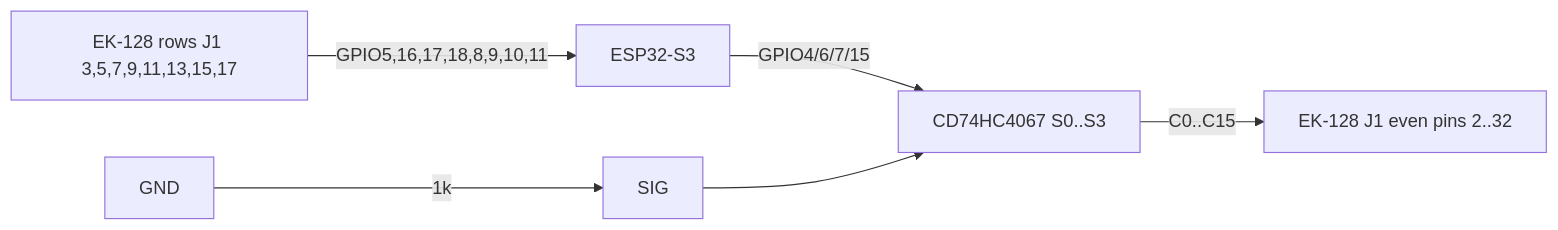
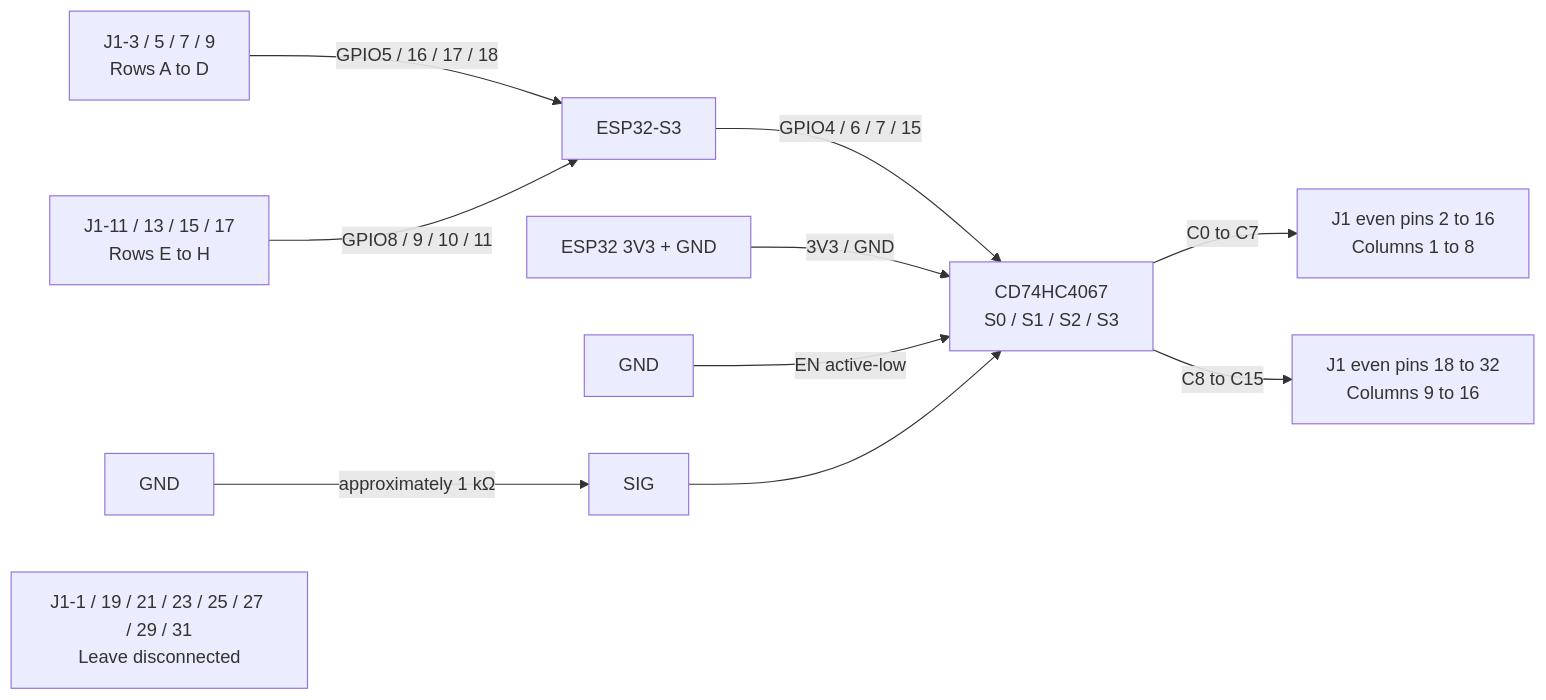
Before and after one commit to ethergrade/VORTEX_AX-128: the diagram in schematics/02_keyboard_matrix.mmd, drawn with Mermaid. The commit also changed 3 other files, not shown here.

Commit message:
docs: add EK-128 connector wiring table

```diff
--- a/schematics/02_keyboard_matrix.mmd
+++ b/schematics/02_keyboard_matrix.mmd
@@ -1,6 +1,15 @@
+%% Complete pin-by-pin table: docs/18_EK128_J1_PIN_BY_PIN_WIRING.md
 flowchart LR
-    ESP[ESP32-S3] -->|GPIO4/6/7/15| MUX[CD74HC4067 S0..S3]
-    GND[GND] -->|1k| SIG[SIG]
+    ESP[ESP32-S3] -->|GPIO4 / 6 / 7 / 15| MUX[CD74HC4067<br/>S0 / S1 / S2 / S3]
+    PWR[ESP32 3V3 + GND] -->|3V3 / GND| MUX
+    ENABLE[GND] -->|EN active-low| MUX
+    GND[GND] -->|approximately 1 kΩ| SIG[SIG]
     SIG --> MUX
-    MUX -->|C0..C15| COLS[EK-128 J1 even pins 2..32]
-    ROWS[EK-128 rows J1 3,5,7,9,11,13,15,17] -->|GPIO5,16,17,18,8,9,10,11| ESP
+
+    MUX -->|C0 to C7| COLA[J1 even pins 2 to 16<br/>Columns 1 to 8]
+    MUX -->|C8 to C15| COLB[J1 even pins 18 to 32<br/>Columns 9 to 16]
+
+    ROWSA[J1-3 / 5 / 7 / 9<br/>Rows A to D] -->|GPIO5 / 16 / 17 / 18| ESP
+    ROWSB[J1-11 / 13 / 15 / 17<br/>Rows E to H] -->|GPIO8 / 9 / 10 / 11| ESP
+
+    NC[J1-1 / 19 / 21 / 23 / 25 / 27 / 29 / 31<br/>Leave disconnected]
```
